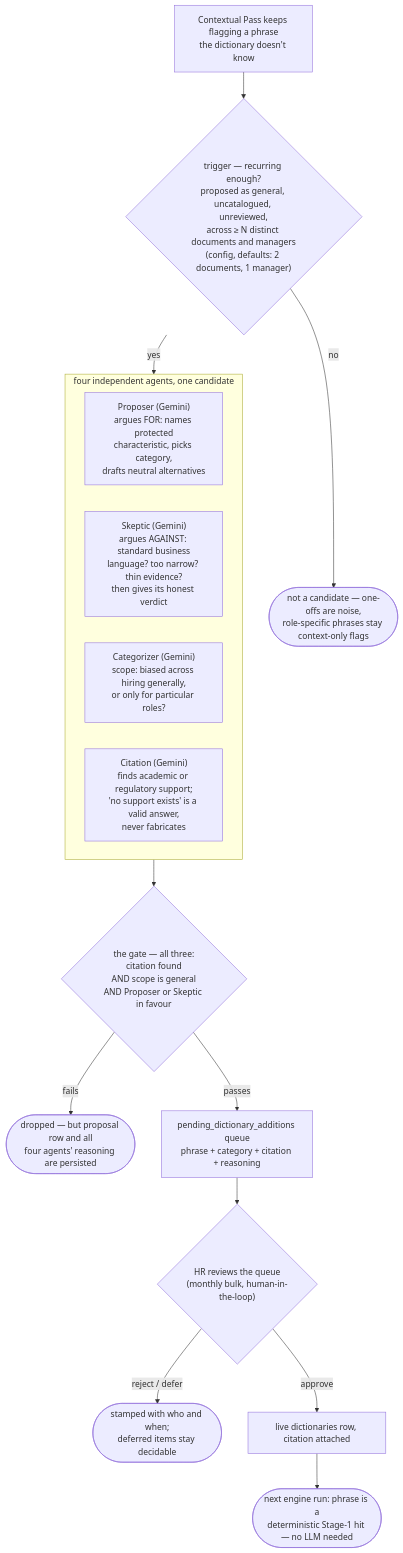
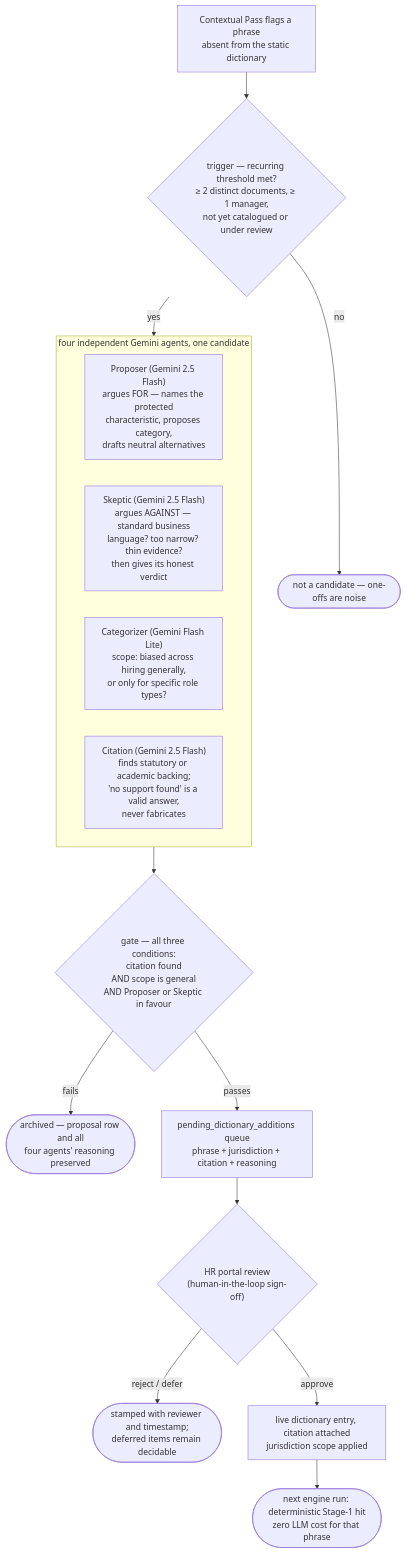
One commit to sm-daniyal/patternSpecular changed the second of 2 diagrams in README.md. Above: the diagram before and after it, drawn with Mermaid. The commit also changed other lines of this file, not shown here.

````diff
--- a/README.md
+++ b/README.md
@@ -104,22 +101,22 @@
 ```mermaid
 flowchart TB
-    CP["Contextual Pass keeps flagging a phrase<br/>the dictionary doesn't know"] --> T{"trigger — recurring enough?<br/>proposed as general, uncatalogued, unreviewed,<br/>across ≥ N distinct documents and managers<br/>(config, defaults: 2 documents, 1 manager)"}
-    T -- no --> DROP1(["not a candidate — one-offs are noise,<br/>role-specific phrases stay context-only flags"])
+    CP["Contextual Pass flags a phrase<br/>absent from the static dictionary"] --> T{"trigger — recurring threshold met?<br/>≥ 2 distinct documents, ≥ 1 manager,<br/>not yet catalogued or under review"}
+    T -- no --> DROP1(["not a candidate — one-offs are noise"])
     T -- yes --> AGENTS
 
-    subgraph AGENTS["four independent agents, one candidate"]
+    subgraph AGENTS["four independent Gemini agents, one candidate"]
         direction LR
-        P["Proposer (Gemini)<br/>argues FOR: names protected<br/>characteristic, picks category,<br/>drafts neutral alternatives"]
-        S["Skeptic (Gemini)<br/>argues AGAINST: standard business<br/>language? too narrow? thin evidence?<br/>then gives its honest verdict"]
-        C["Categorizer (Gemini)<br/>scope: biased across hiring generally,<br/>or only for particular roles?"]
-        CI["Citation (Gemini)<br/>finds academic or regulatory support;<br/>'no support exists' is a valid answer,<br/>never fabricates"]
+        P["Proposer (Gemini 2.5 Flash)<br/>argues FOR — names the protected<br/>characteristic, proposes category,<br/>drafts neutral alternatives"]
+        S["Skeptic (Gemini 2.5 Flash)<br/>argues AGAINST — standard business<br/>language? too narrow? thin evidence?<br/>then gives its honest verdict"]
+        C["Categorizer (Gemini Flash Lite)<br/>scope: biased across hiring generally,<br/>or only for specific role types?"]
+        CI["Citation (Gemini 2.5 Flash)<br/>finds statutory or academic backing;<br/>'no support found' is a valid answer,<br/>never fabricates"]
     end
 
-    AGENTS --> GATE{"the gate — all three:<br/>citation found<br/>AND scope is general<br/>AND Proposer or Skeptic in favour"}
-    GATE -- fails --> DROP2(["dropped — but proposal row and all<br/>four agents' reasoning are persisted"])
-    GATE -- passes --> Q["pending_dictionary_additions queue<br/>phrase + category + citation + reasoning"]
-    Q --> HR{"HR reviews the queue<br/>(monthly bulk, human-in-the-loop)"}
-    HR -- reject / defer --> DROP3(["stamped with who and when;<br/>deferred items stay decidable"])
-    HR -- approve --> LIVE["live dictionaries row, citation attached"]
-    LIVE --> HIT(["next engine run: phrase is a<br/>deterministic Stage-1 hit — no LLM needed"])
+    AGENTS --> GATE{"gate — all three conditions:<br/>citation found<br/>AND scope is general<br/>AND Proposer or Skeptic in favour"}
+    GATE -- fails --> DROP2(["archived — proposal row and all<br/>four agents' reasoning preserved"])
+    GATE -- passes --> Q["pending_dictionary_additions queue<br/>phrase + jurisdiction + citation + reasoning"]
+    Q --> HR{"HR portal review<br/>(human-in-the-loop sign-off)"}
+    HR -- reject / defer --> DROP3(["stamped with reviewer and timestamp;<br/>deferred items remain decidable"])
+    HR -- approve --> LIVE["live dictionary entry, citation attached<br/>jurisdiction scope applied"]
+    LIVE --> HIT(["next engine run: deterministic Stage-1 hit<br/>zero LLM cost for that phrase"])
 ```
````
